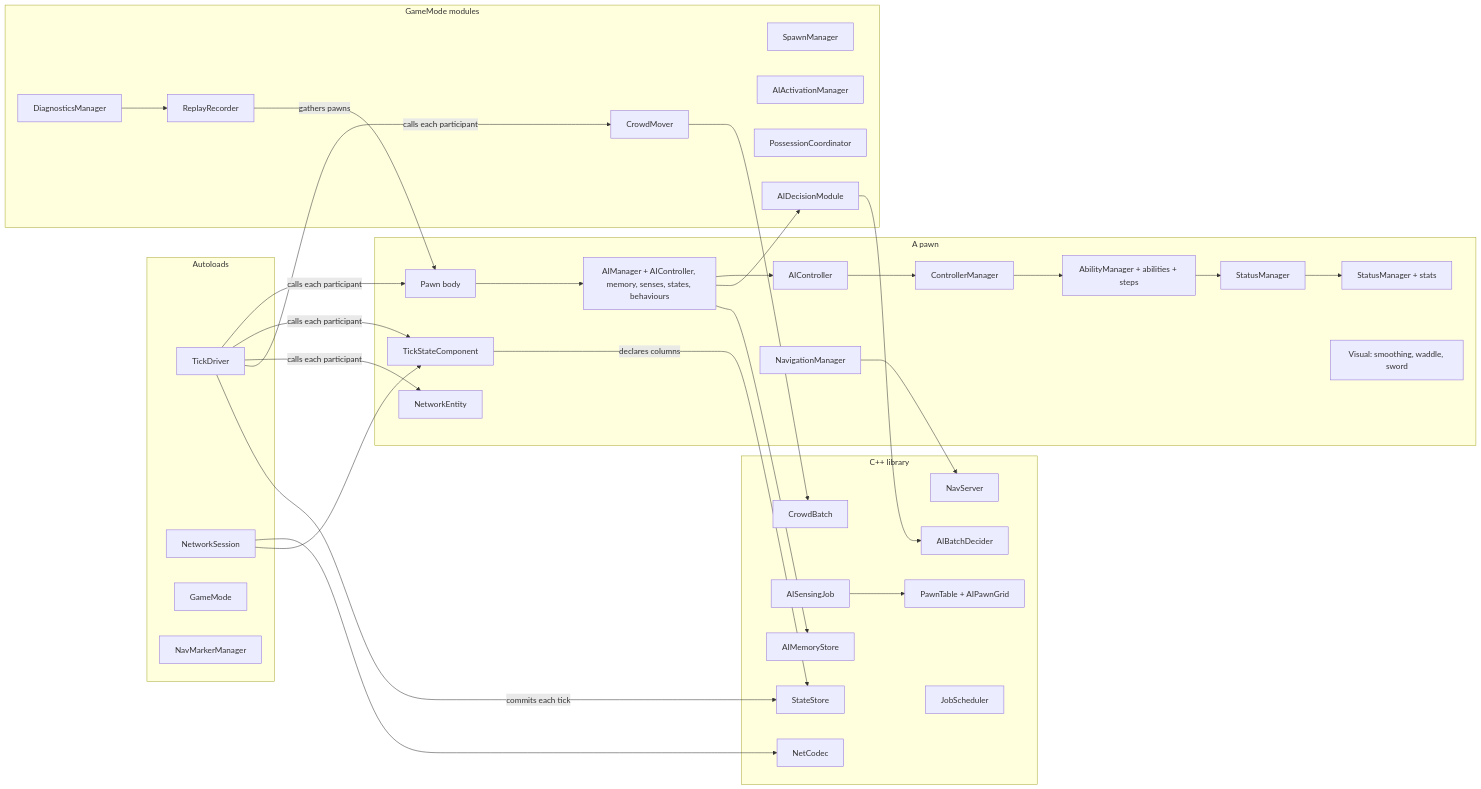
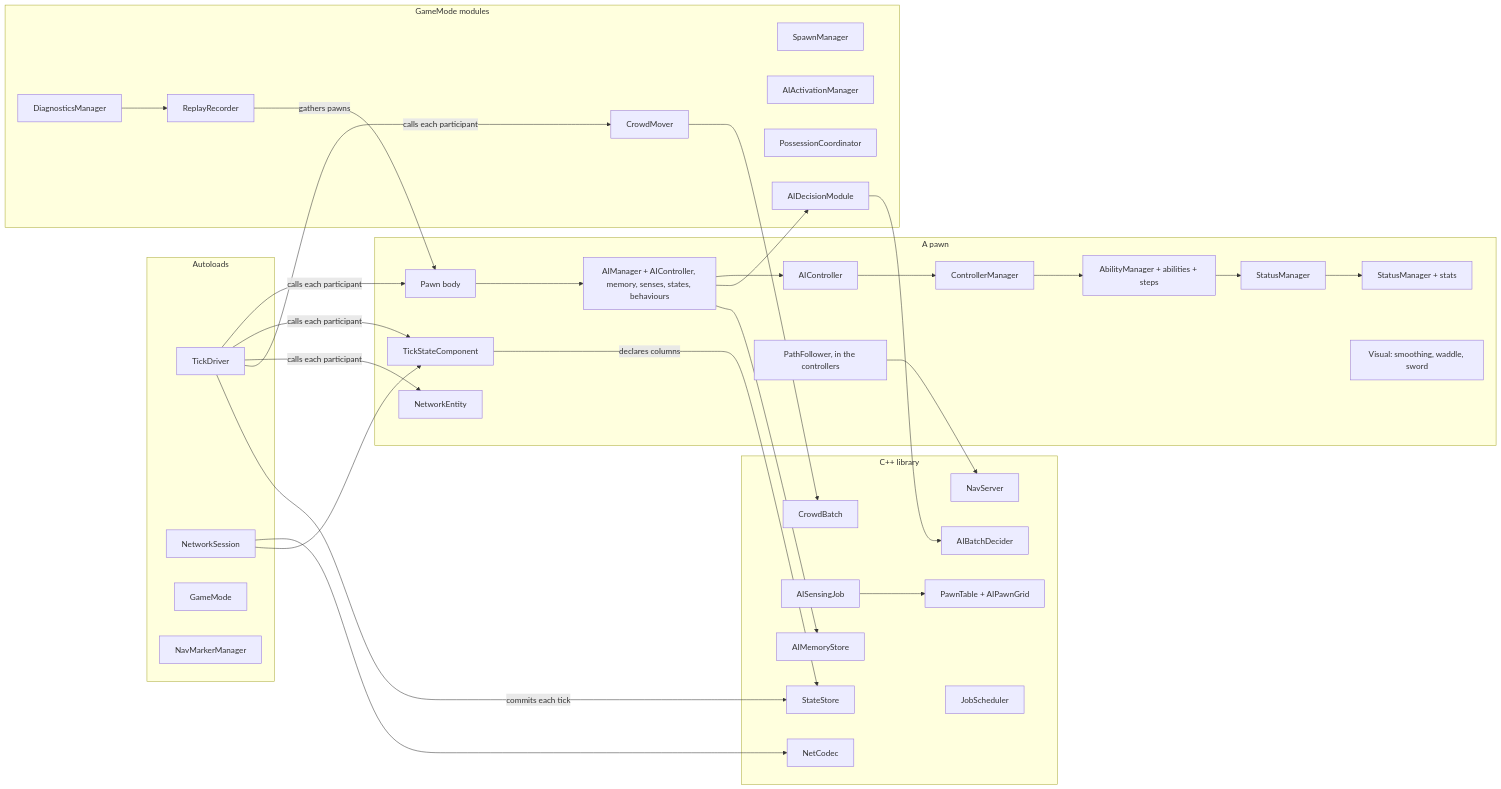
The first of 6 diagrams in docs/ARCHITECTURE.md (6ixpoolgames/ProjectVibe), drawn with Mermaid before and after one commit. The commit also changed 54 other files, not shown here.

````diff
--- a/docs/ARCHITECTURE.md
+++ b/docs/ARCHITECTURE.md
@@ -26,56 +26,56 @@
 ```mermaid
 flowchart LR
   subgraph autoloads[Autoloads]
     TD[TickDriver]
     NS[NetworkSession]
     GM[GameMode]
     NMM[NavMarkerManager]
   end
   subgraph pawn[A pawn]
     P[Pawn body]
     CM[ControllerManager]
     AIC[AIController]
     AM[AbilityManager + abilities + steps]
     EM[StatusManager]
     SM[StatusManager + stats]
-    NAV[NavigationManager]
+    NAV[PathFollower, in the controllers]
     AICTX[AIManager + AIController, memory, senses, states, behaviours]
     TSC[TickStateComponent]
     NE[NetworkEntity]
     VIS[Visual: smoothing, waddle, sword]
   end
   subgraph modules[GameMode modules]
     SPN[SpawnManager]
     ACT[AIActivationManager]
     POS[PossessionCoordinator]
     CROWD[CrowdMover]
     DEC[AIDecisionModule]
     REC[ReplayRecorder]
     DIAG[DiagnosticsManager]
   end
   subgraph native[C++ library]
     PT[PawnTable + AIPawnGrid]
     MEM[AIMemoryStore]
     BD[AIBatchDecider]
     SENSE[AISensingJob]
     CB[CrowdBatch]
     TSR[StateStore]
     CODEC[NetCodec]
     NAVS[NavServer]
     JS[JobScheduler]
   end
   TD -->|calls each participant| P & TSC & NE & CROWD
   P --> AICTX --> AIC --> CM --> AM
   AM --> EM --> SM
   AICTX --> DEC --> BD
   AICTX --> MEM
   SENSE --> PT
   CROWD --> CB
   TD -->|commits each tick| TSR
   TSC -->|declares columns| TSR
   NS --> CODEC
   NS --> TSC
   NAV --> NAVS
   REC -->|gathers pawns| P
   DIAG --> REC
 ```
````
